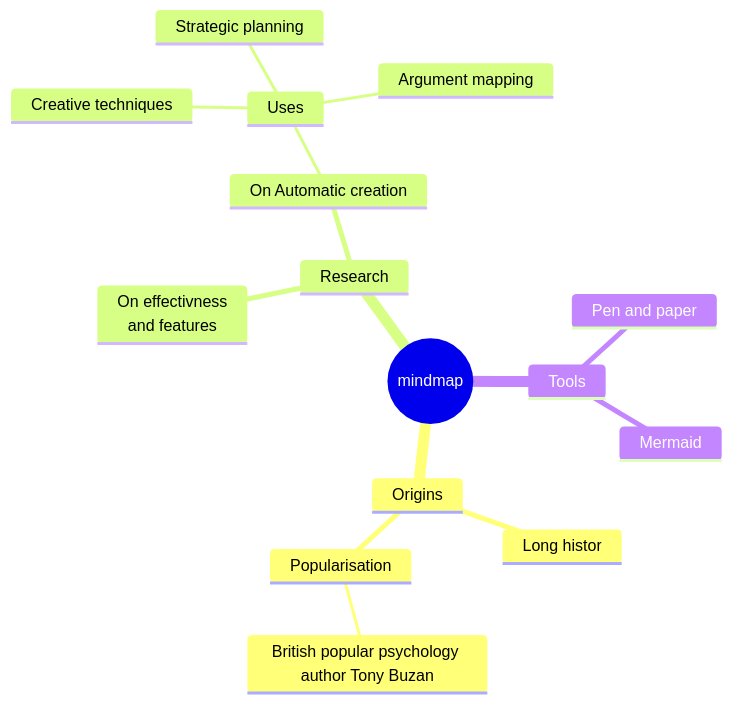
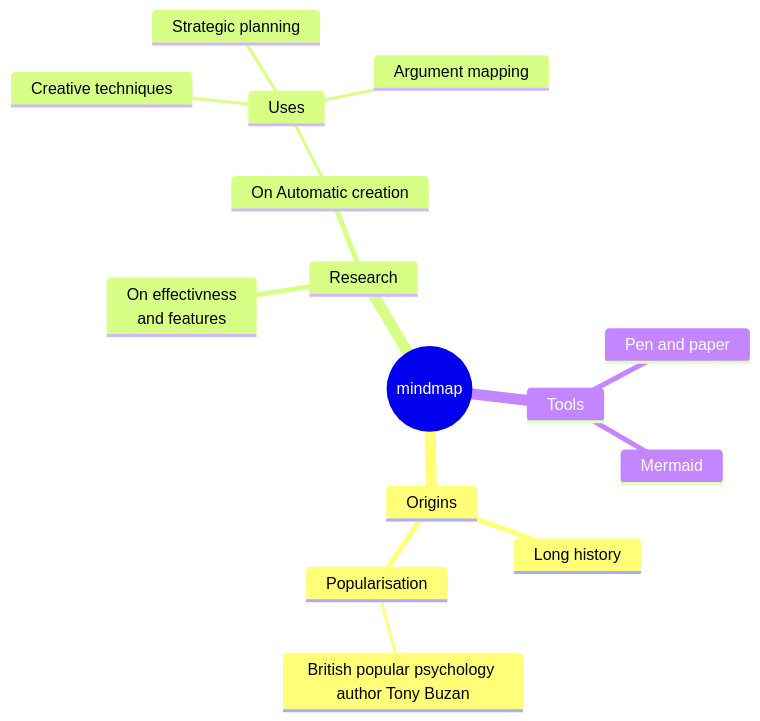
One commit to RNGMARTIN/iodraw-files changed the diagram in all/未命名-1.md. Above: the diagram before and after it, drawn with Mermaid.

Commit message:
2025-02-24 15:18:07 update

````diff
--- a/all/未命名-1.md
+++ b/all/未命名-1.md
@@ -1,20 +1,20 @@
 ```mermaid
 mindmap
   root((mindmap))
     Origins
-      Long histor
+      Long history
       ::icon(fa fa-book)
       Popularisation
         British popular psychology author Tony Buzan
     Research
       On effectivness<br/>and features
       On Automatic creation
         Uses
             Creative techniques
             Strategic planning
             Argument mapping
     Tools
       Pen and paper
       Mermaid		
 	  
 ```
````
